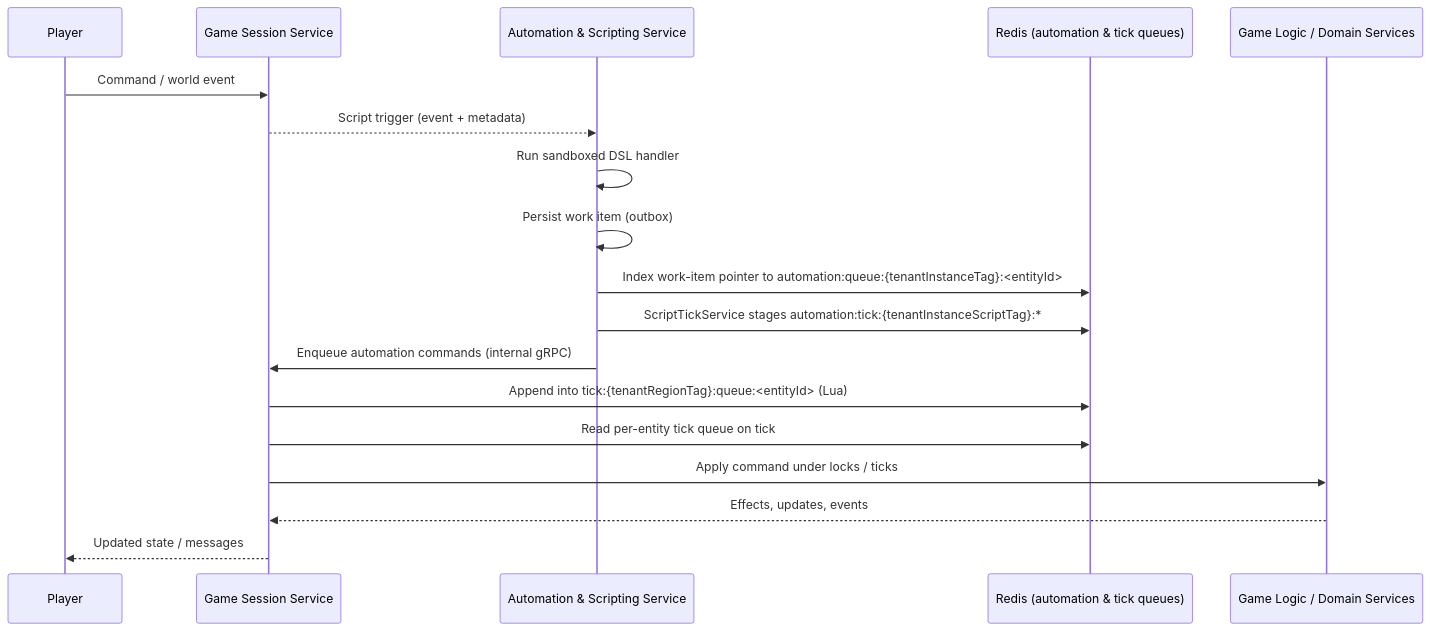
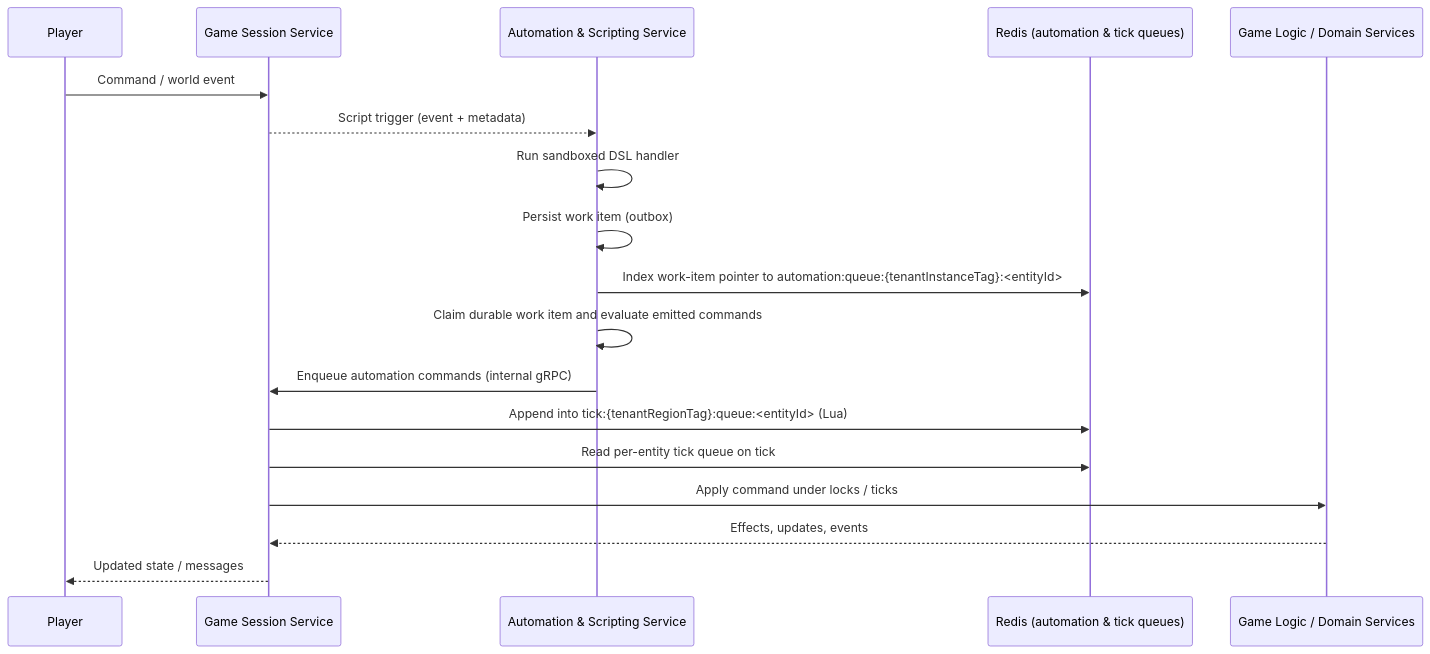
The diagram in design/architecture/system-architecture-scripting.md (benhook1013/FireMUD), drawn with Mermaid before and after one commit. The commit also changed other lines of this file and 26 other files, not shown here.

Commit message:
Retire stale automation tick staging path

````diff
--- a/design/architecture/system-architecture-scripting.md
+++ b/design/architecture/system-architecture-scripting.md
@@ -160,21 +160,21 @@
 ```mermaid
 sequenceDiagram
     participant Player
     participant GameSession as Game Session Service
     participant Scripting as Automation & Scripting Service
     participant Redis as Redis (automation & tick queues)
     participant GameLogic as Game Logic / Domain Services
 
     Player->>GameSession: Command / world event
     GameSession-->>Scripting: Script trigger (event + metadata)
     Scripting->>Scripting: Run sandboxed DSL handler
     Scripting->>Scripting: Persist work item (outbox)
     Scripting->>Redis: Index work-item pointer to automation:queue:{tenantInstanceTag}:<entityId>
-    Scripting->>Redis: ScriptTickService stages automation:tick:{tenantInstanceScriptTag}:*
+    Scripting->>Scripting: Claim durable work item and evaluate emitted commands
     Scripting->>GameSession: Enqueue automation commands (internal gRPC)
     GameSession->>Redis: Append into tick:{tenantRegionTag}:queue:<entityId> (Lua)
     GameSession->>Redis: Read per-entity tick queue on tick
     GameSession->>GameLogic: Apply command under locks / ticks
     GameLogic-->>GameSession: Effects, updates, events
     GameSession-->>Player: Updated state / messages
 ```
````
